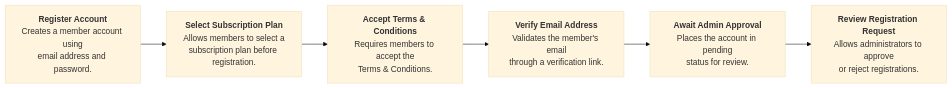
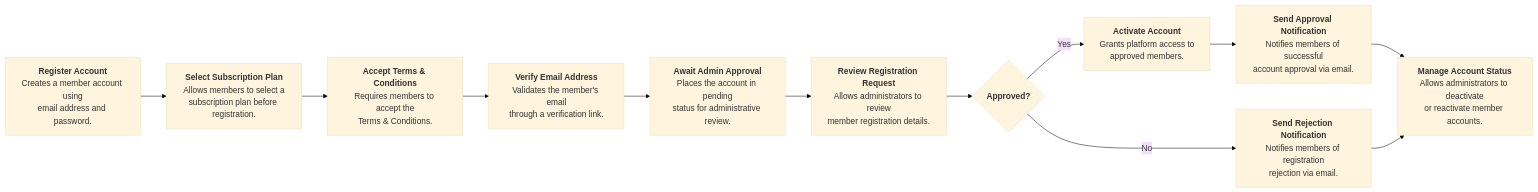
One commit to TRANHALAN/ba-portfolio changed the diagram in member-registration-approval-workflow.md. Above: the diagram before and after it, drawn with Mermaid (base theme).

````diff
--- a/member-registration-approval-workflow.md
+++ b/member-registration-approval-workflow.md
@@ -1,14 +1,26 @@
 ```mermaid
 flowchart LR
 
 A["<b>Register Account</b><br/>Creates a member account using<br/>email address and password."]
 --> B["<b>Select Subscription Plan</b><br/>Allows members to select a<br/>subscription plan before registration."]
 
 B --> C["<b>Accept Terms & Conditions</b><br/>Requires members to accept the<br/>Terms & Conditions."]
 
 C --> D["<b>Verify Email Address</b><br/>Validates the member's email<br/>through a verification link."]
 
-D --> E["<b>Await Admin Approval</b><br/>Places the account in pending<br/>status for review."]
+D --> E["<b>Await Admin Approval</b><br/>Places the account in pending<br/>status for administrative review."]
 
-E --> F["<b>Review Registration Request</b><br/>Allows administrators to approve<br/>or reject registrations."]
+E --> F["<b>Review Registration Request</b><br/>Allows administrators to review<br/>member registration details."]
+
+F --> G{"<b>Approved?</b>"}
+
+G -->|Yes| H["<b>Activate Account</b><br/>Grants platform access to<br/>approved members."]
+
+H --> I["<b>Send Approval Notification</b><br/>Notifies members of successful<br/>account approval via email."]
+
+G -->|No| J["<b>Send Rejection Notification</b><br/>Notifies members of registration<br/>rejection via email."]
+
+I --> K["<b>Manage Account Status</b><br/>Allows administrators to deactivate<br/>or reactivate member accounts."]
+
+J --> K
 ```
````
